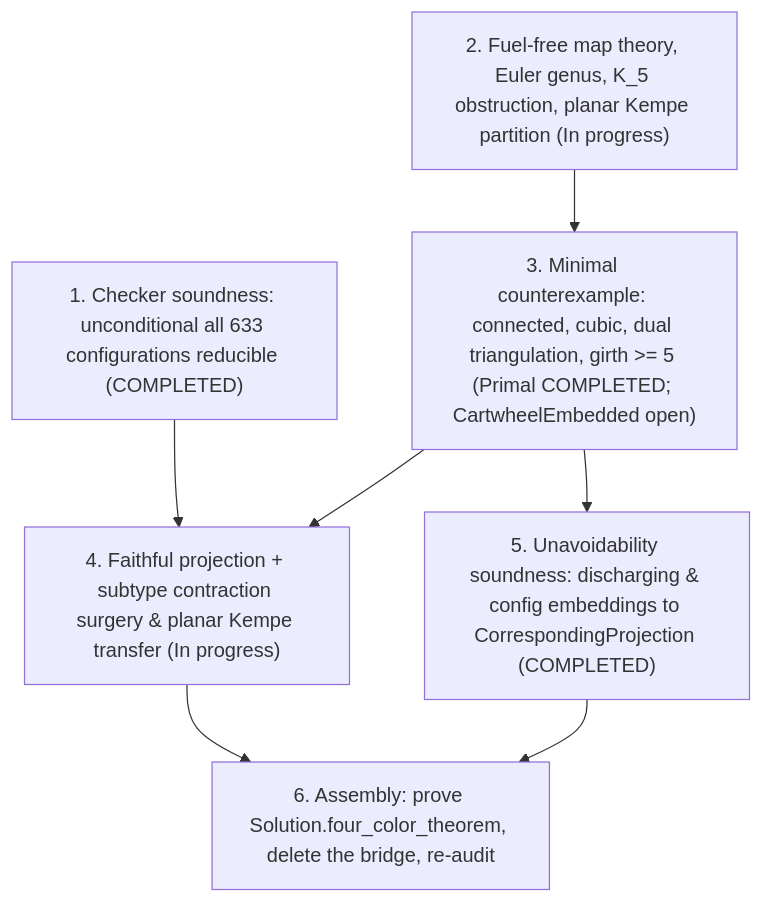
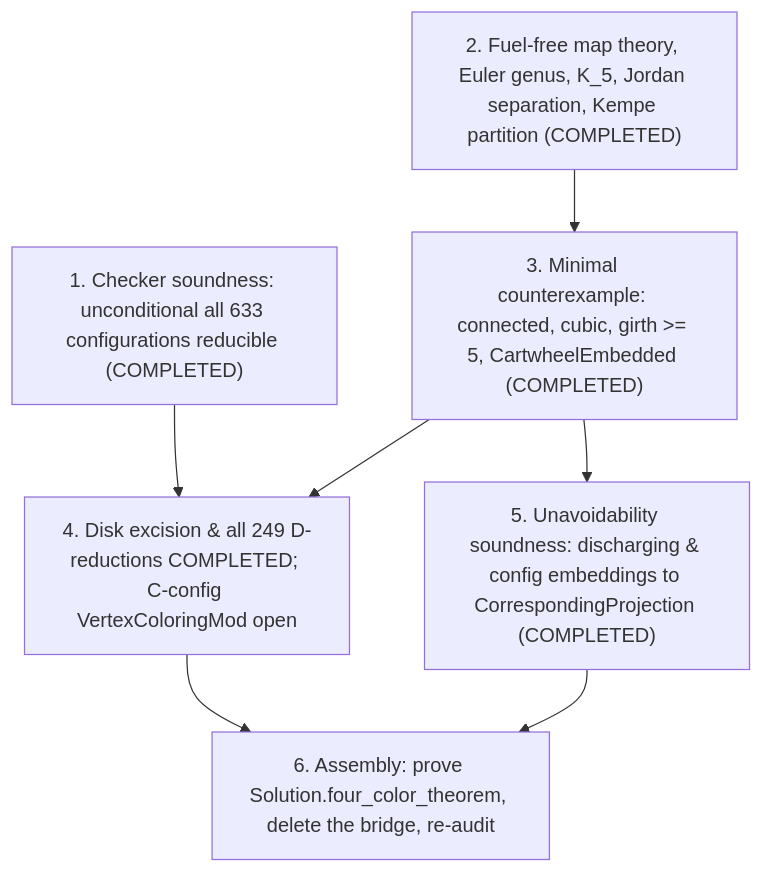
One commit to Harry-Tech-Guide/Lean-4-Four-Color-Theorem-Formalization changed the diagram in README.md. Above: the diagram before and after it, drawn with Mermaid. The commit also changed other lines of this file and 4 other files, not shown here.

First line of the commit message:
feat(reducibility): prove disk excision and all D-reductions

````diff
--- a/README.md
+++ b/README.md
@@ -65,15 +65,15 @@
 ```mermaid
 flowchart TD
     P1["1. Checker soundness: unconditional all 633 configurations reducible (COMPLETED)"]
-    P2["2. Fuel-free map theory, Euler genus, K_5 obstruction, planar Kempe partition (In progress)"]
-    P3["3. Minimal counterexample: connected, cubic, dual triangulation, girth >= 5 (Primal COMPLETED; CartwheelEmbedded open)"]
-    P4["4. Faithful projection + subtype contraction surgery & planar Kempe transfer (In progress)"]
+    P2["2. Fuel-free map theory, Euler genus, K_5, Jordan separation, Kempe partition (COMPLETED)"]
+    P3["3. Minimal counterexample: connected, cubic, girth >= 5, CartwheelEmbedded (COMPLETED)"]
+    P4["4. Disk excision & all 249 D-reductions COMPLETED; C-config VertexColoringMod open"]
     P5["5. Unavoidability soundness: discharging & config embeddings to CorrespondingProjection (COMPLETED)"]
     P6["6. Assembly: prove Solution.four_color_theorem, delete the bridge, re-audit"]
     P2 --> P3
     P1 --> P4
     P3 --> P4
     P3 --> P5
     P4 --> P6
     P5 --> P6
 ```
````
